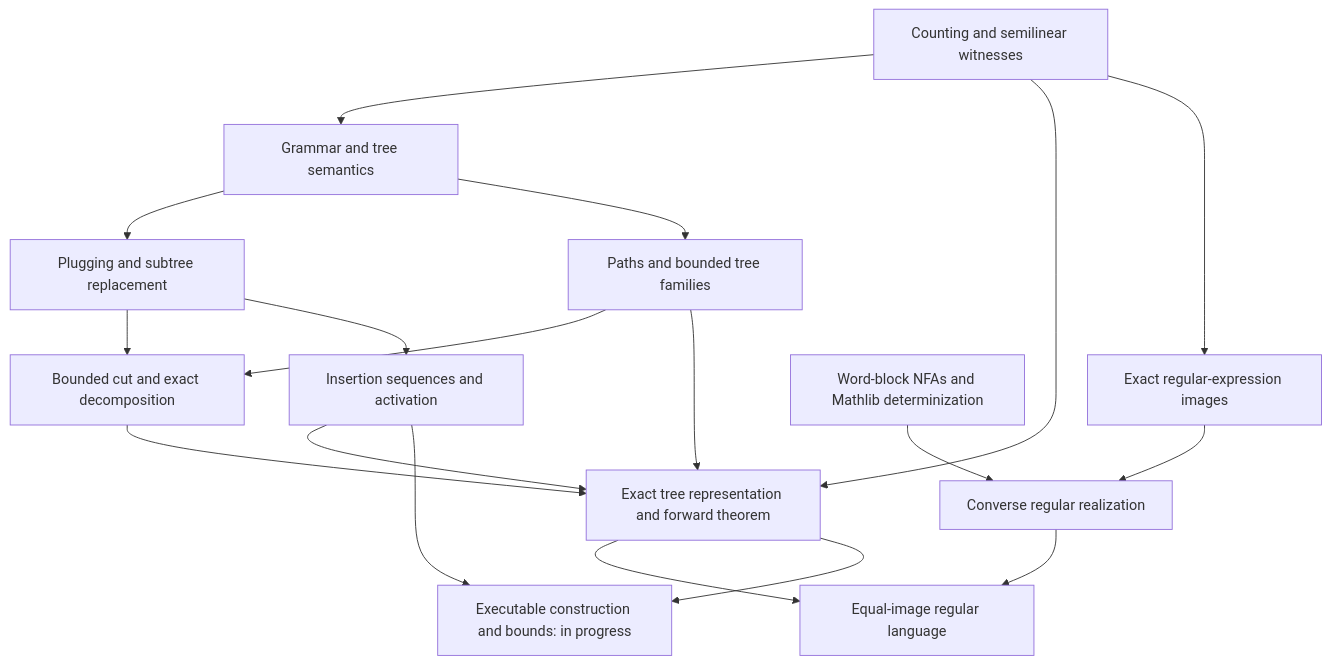
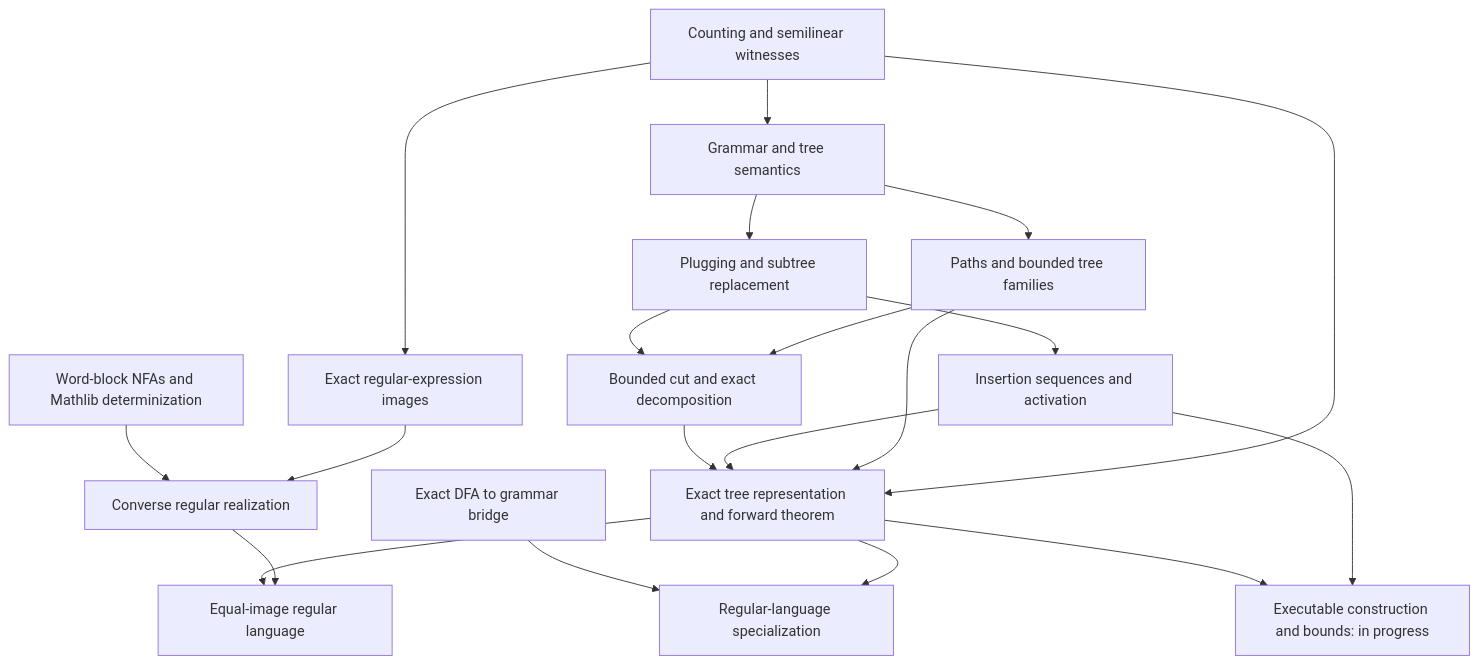
The diagram in README.md (focs-lab/parikh-theorem), drawn with Mermaid before and after one commit. The commit also changed other lines of this file, not shown here.

Commit message:
Update the theorem guide for proved regular specialization

````diff
--- a/README.md
+++ b/README.md
@@ -156,20 +156,22 @@
 ```mermaid
 flowchart TD
   Counting[Counting and semilinear witnesses] --> Trees[Grammar and tree semantics]
   Trees --> Surgery[Plugging and subtree replacement]
   Trees --> Finiteness[Paths and bounded tree families]
   Surgery --> Decomposition[Bounded cut and exact decomposition]
   Finiteness --> Decomposition
   Surgery --> Activation[Insertion sequences and activation]
   Decomposition --> Forward[Exact tree representation and forward theorem]
   Activation --> Forward
   Finiteness --> Forward
   Counting --> Forward
   Counting --> Regular[Exact regular-expression images]
   Automata[Word-block NFAs and Mathlib determinization] --> Converse[Converse regular realization]
   Regular --> Converse
   Forward --> EqualImage[Equal-image regular language]
   Converse --> EqualImage
+  DFAGrammar[Exact DFA to grammar bridge] --> Specialization[Regular-language specialization]
+  Forward --> Specialization
   Forward --> Effective[Executable construction and bounds: in progress]
   Activation --> Effective
 ```
````
